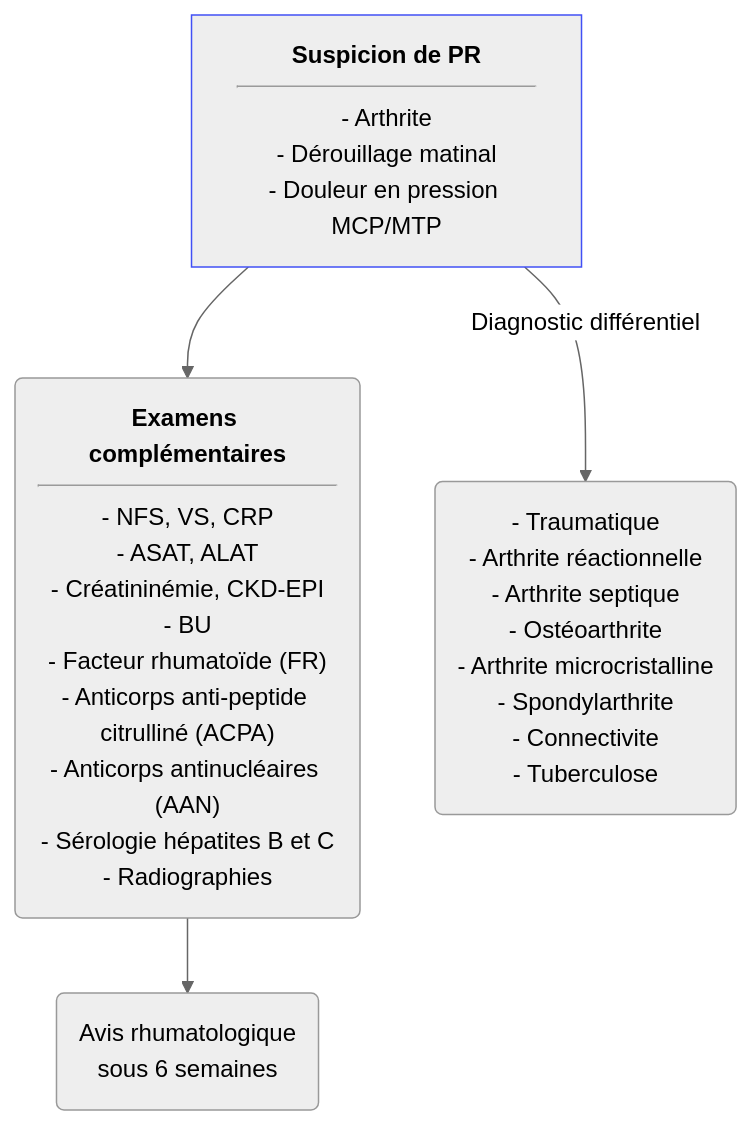
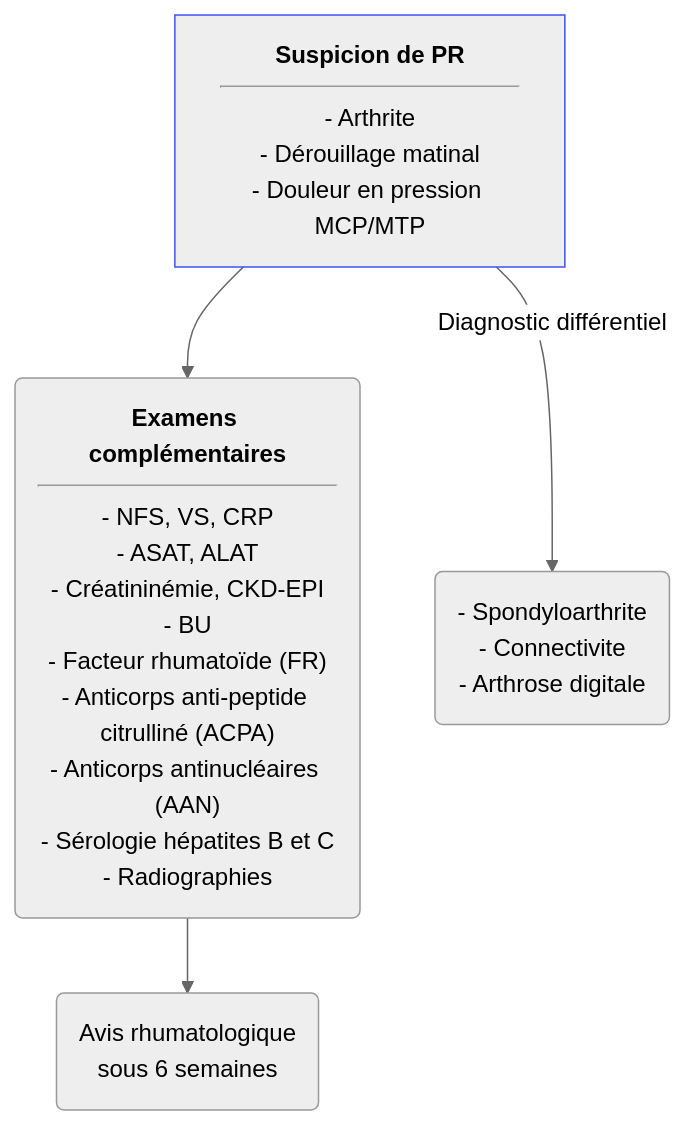
Before and after one commit to djibe/recommandations-medicales: the diagram in content/recommandations/polyarthrite-rhumatoide.md, drawn with Mermaid (neutral theme). The commit also changed other lines of this file and 15 other files, not shown here.

```diff
--- a/content/recommandations/polyarthrite-rhumatoide.md
+++ b/content/recommandations/polyarthrite-rhumatoide.md
@@ -267,8 +267,8 @@
 {{< mermaid title="Conduite à tenir pour le diagnostic de la polyarthrite rhumatoïde. Dr JB Fron d'après SFRhumato 2018" >}}
 graph TB
   suspicion["<b>Suspicion de PR</b><hr>- Arthrite<br>- Dérouillage matinal<br>- Douleur en pression MCP/MTP"]
   style suspicion stroke:#4150f5, stroke-width:1px
     suspicion --> bilan("<b>Examens complémentaires</b><hr>- NFS, VS, CRP<br>- ASAT, ALAT<br>- Créatininémie, CKD-EPI<br>- BU<br>- Facteur rhumatoïde (FR)<br>- Anticorps anti-peptide citrulliné (ACPA)<br>- Anticorps antinucléaires (AAN)<br>- Sérologie hépatites B et C<br>- Radiographies")
       bilan --> rhumato("Avis rhumatologique<br>sous 6 semaines")
-    suspicion -- Diagnostic différentiel --> differentiel("- Traumatique<br>- Arthrite réactionnelle<br>- Arthrite septique<br>- Ostéoarthrite<br>- Arthrite microcristalline<br>- Spondylarthrite<br>- Connectivite<br>- Tuberculose")
+    suspicion -- Diagnostic différentiel --> differentiel("- Spondyloarthrite<br>- Connectivite<br>- Arthrose digitale")
 {{< /mermaid >}}
```
